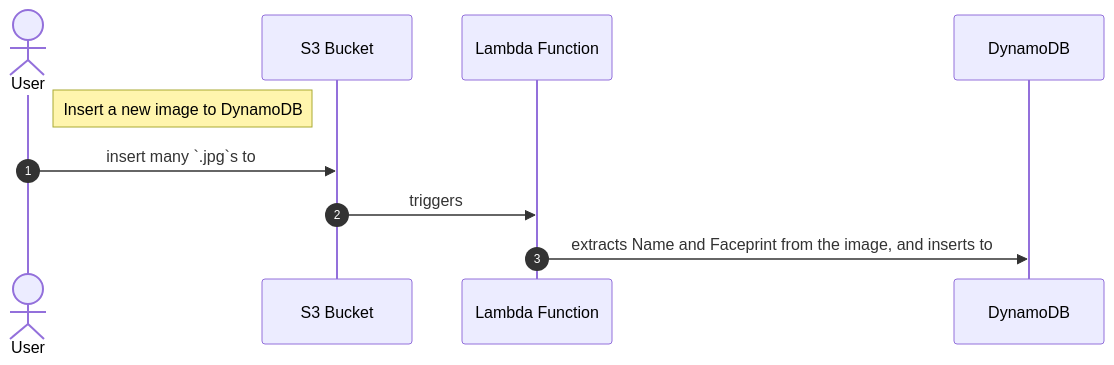
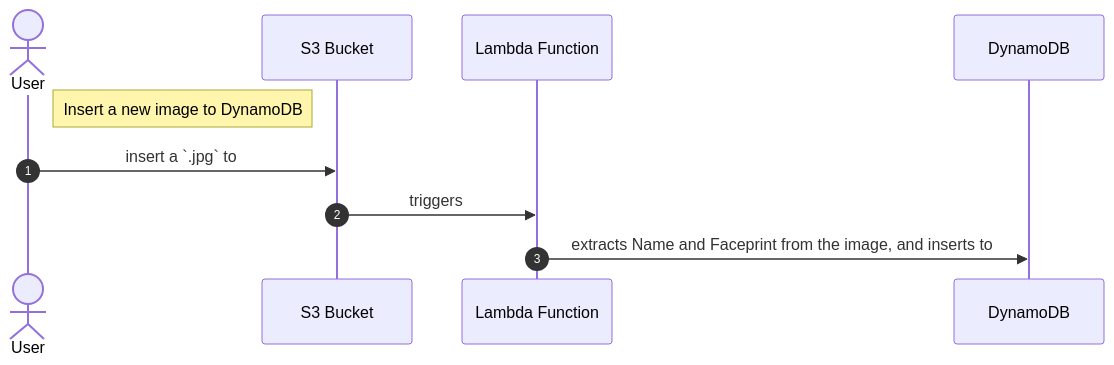
The second of 3 diagrams in README.md (taljacob2/amazon-rekognition-example), drawn with Mermaid before and after one commit.

Commit message:
Edit Graph Note

````diff
--- a/README.md
+++ b/README.md
@@ -69,16 +69,16 @@
 ```mermaid
 sequenceDiagram
     autonumber
     
     actor U as User
     note right of U: Insert a new image to DynamoDB
         
     participant S3 as S3 Bucket
     participant LambdaFunction as Lambda Function
     participant DynamoDB
     
-    U->>S3: insert many `.jpg`s to
+    U->>S3: insert a `.jpg` to
     S3->>LambdaFunction: triggers
     LambdaFunction->>DynamoDB: extracts Name and Faceprint from the image, and inserts to
     
 ```
````
